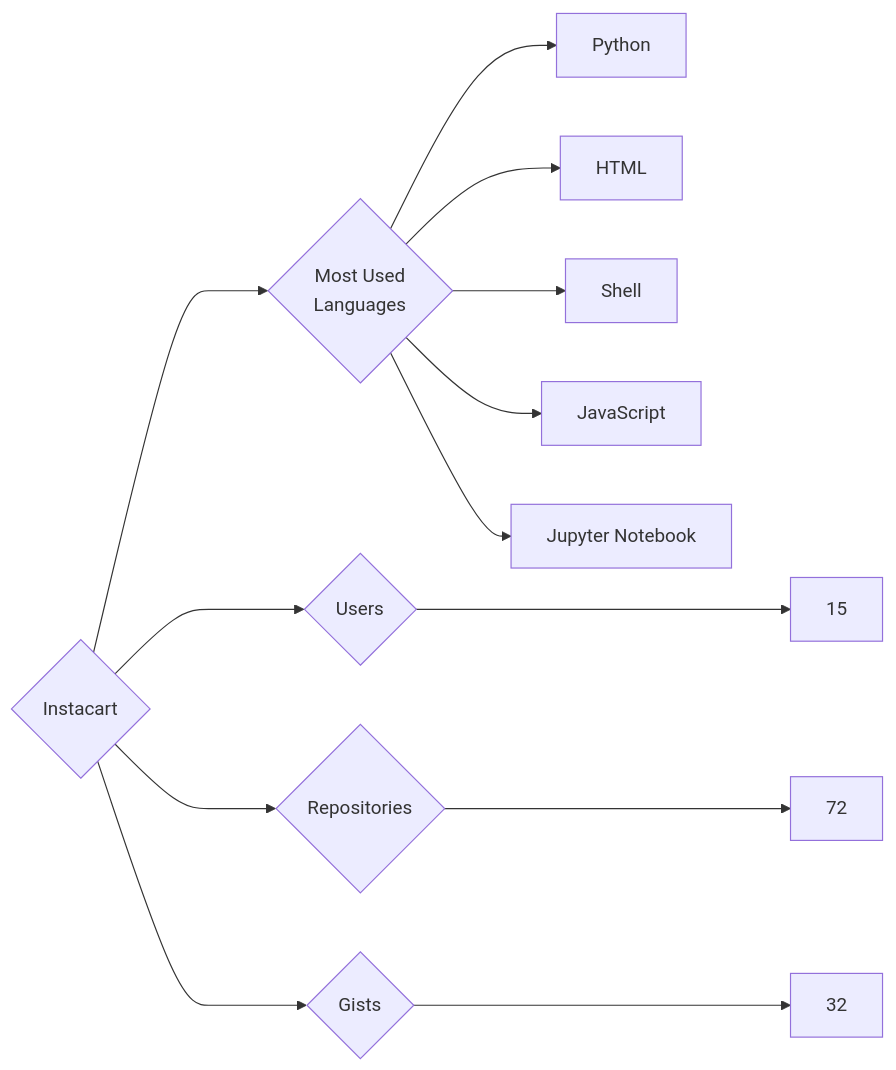
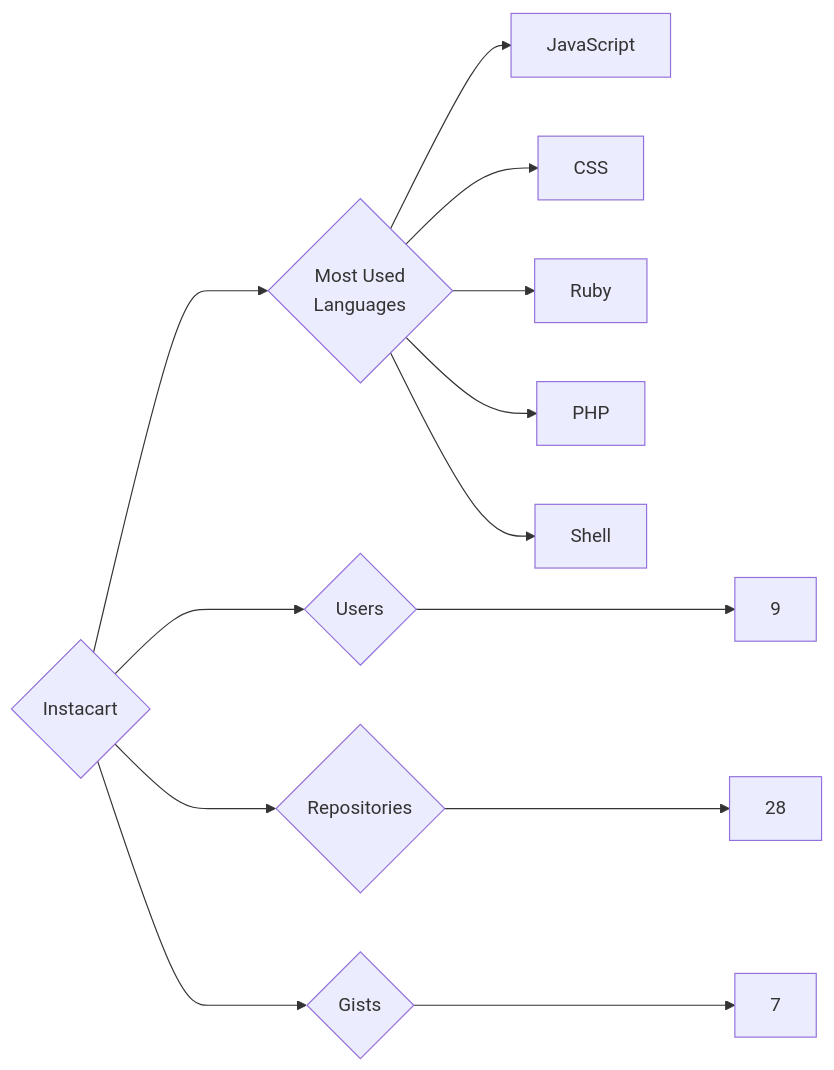
Before and after one commit to trickest/insiders: the diagram in targets/Instacart/README.md, drawn with Mermaid. The commit also changed 1170 other files, not shown here.

````diff
--- a/targets/Instacart/README.md
+++ b/targets/Instacart/README.md
@@ -3,13 +3,13 @@
 ```mermaid
 graph LR
 COMPANY_NAME{Instacart}
-COMPANY_NAME ---> U{Users} ---> UN[15]
-COMPANY_NAME ---> R{Repositories} ---> RN[72]
-COMPANY_NAME ---> G{Gists} ---> GN[32]
+COMPANY_NAME ---> U{Users} ---> UN[9]
+COMPANY_NAME ---> R{Repositories} ---> RN[28]
+COMPANY_NAME ---> G{Gists} ---> GN[7]
 COMPANY_NAME ---> ML{Most Used<br>Languages}
-ML --> Python[Python]
-ML --> HTML[HTML]
+ML --> JavaScript[JavaScript]
+ML --> CSS[CSS]
+ML --> Ruby[Ruby]
+ML --> PHP[PHP]
 ML --> Shell[Shell]
-ML --> JavaScript[JavaScript]
-ML --> Jupyter_Notebook[Jupyter Notebook]
 ```
````
